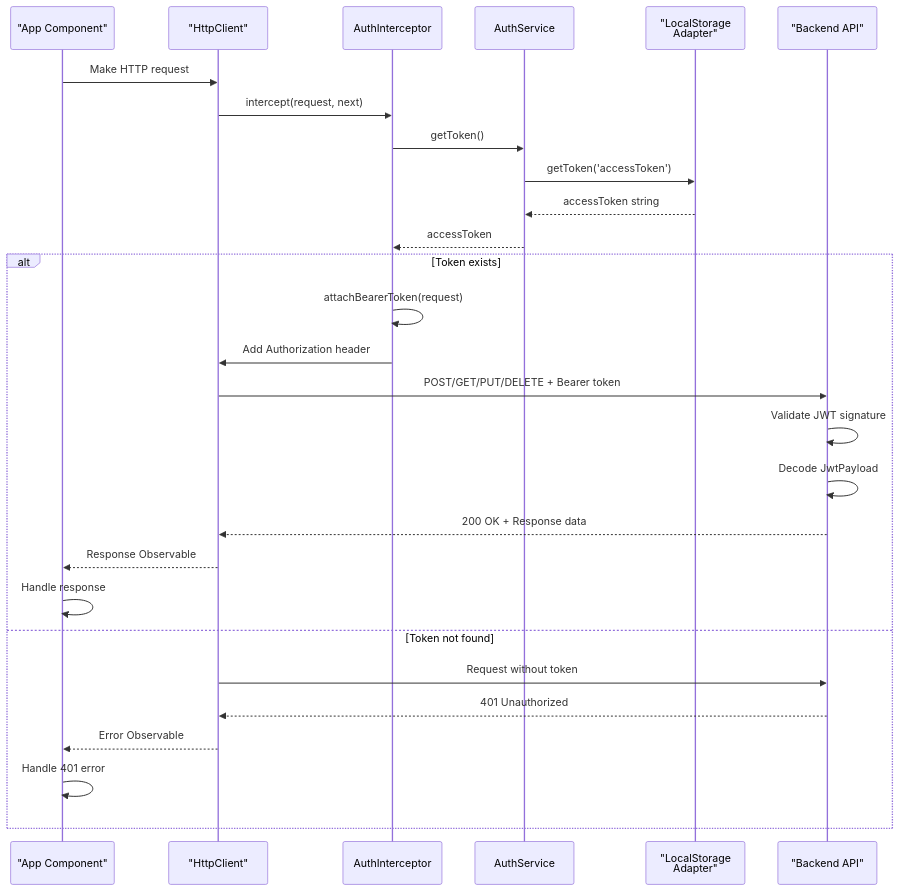
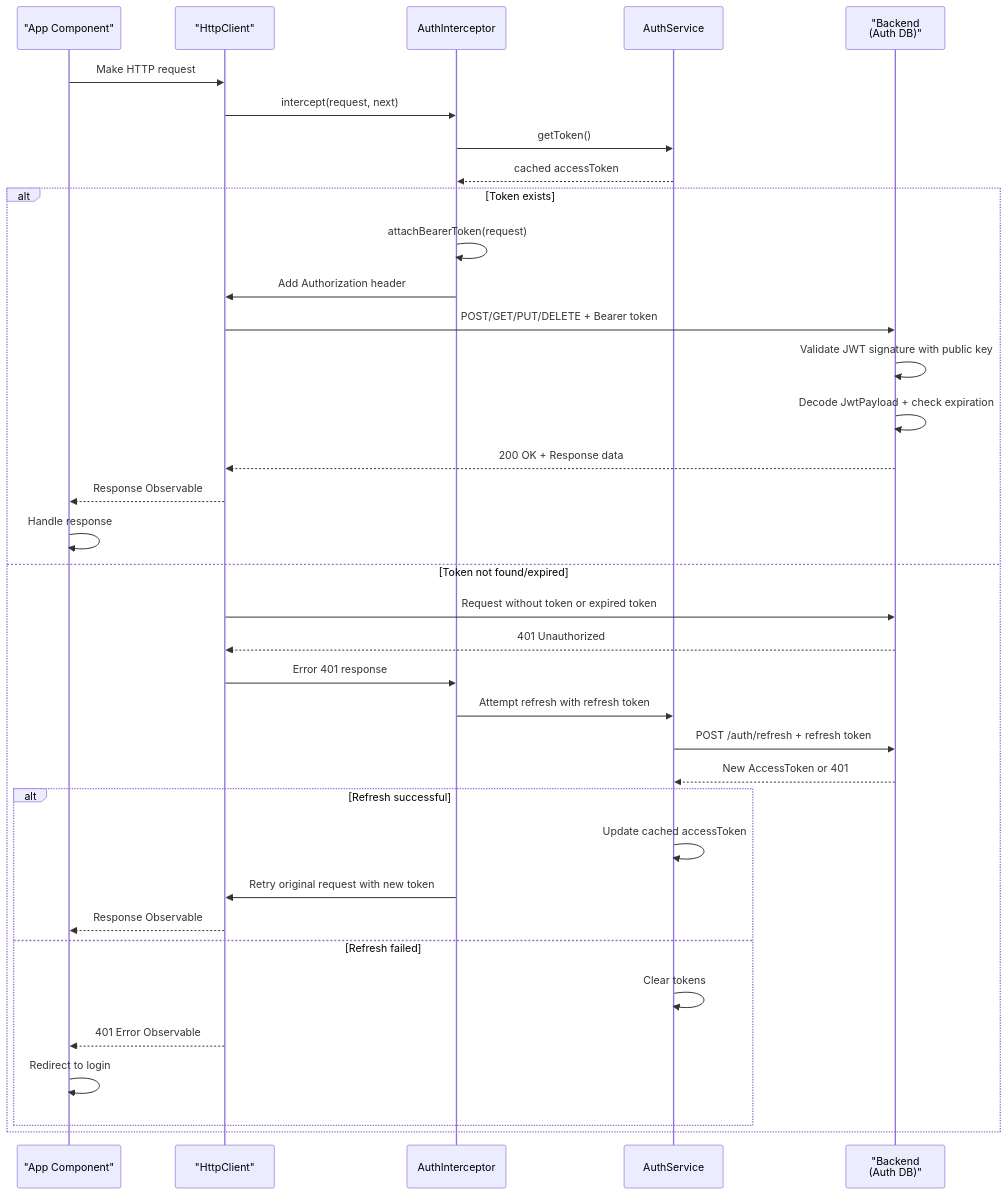
The third of 5 diagrams in apps/business-logic-ui/Sequence-Diagram.md (seankcheema/trading-season), drawn with Mermaid before and after one commit. The commit also changed other lines of this file and 1 other file, not shown here.

Commit message:
feat: KAN-47/KAN-127/Create Visual Representation of Architecture

````diff
--- a/apps/business-logic-ui/Sequence-Diagram.md
+++ b/apps/business-logic-ui/Sequence-Diagram.md
@@ -96,33 +88,41 @@
 ```mermaid
 sequenceDiagram
     participant Component as "App Component"
     participant HttpClient as "HttpClient"
     participant AuthInterceptor
     participant AuthService
-    participant LocalStorage as "LocalStorage<br/>Adapter"
-    participant Backend as "Backend API"
+    participant Backend as "Backend<br/>(Auth DB)"
 
     Component->>HttpClient: Make HTTP request
     HttpClient->>AuthInterceptor: intercept(request, next)
     
     AuthInterceptor->>AuthService: getToken()
-    AuthService->>LocalStorage: getToken('accessToken')
-    LocalStorage-->>AuthService: accessToken string
-    AuthService-->>AuthInterceptor: accessToken
+    AuthService-->>AuthInterceptor: cached accessToken
     
     alt Token exists
         AuthInterceptor->>AuthInterceptor: attachBearerToken(request)
         AuthInterceptor->>HttpClient: Add Authorization header
         HttpClient->>Backend: POST/GET/PUT/DELETE + Bearer token
-        Backend->>Backend: Validate JWT signature
-        Backend->>Backend: Decode JwtPayload
+        Backend->>Backend: Validate JWT signature with public key
+        Backend->>Backend: Decode JwtPayload + check expiration
         Backend-->>HttpClient: 200 OK + Response data
         HttpClient-->>Component: Response Observable
         Component->>Component: Handle response
-    else Token not found
-        HttpClient->>Backend: Request without token
+    else Token not found/expired
+        HttpClient->>Backend: Request without token or expired token
         Backend-->>HttpClient: 401 Unauthorized
-        HttpClient-->>Component: Error Observable
-        Component->>Component: Handle 401 error
+        HttpClient->>AuthInterceptor: Error 401 response
+        AuthInterceptor->>AuthService: Attempt refresh with refresh token
+        AuthService->>Backend: POST /auth/refresh + refresh token
+        Backend-->>AuthService: New AccessToken or 401
+        alt Refresh successful
+            AuthService->>AuthService: Update cached accessToken
+            AuthInterceptor->>HttpClient: Retry original request with new token
+            HttpClient-->>Component: Response Observable
+        else Refresh failed
+            AuthService->>AuthService: Clear tokens
+            HttpClient-->>Component: 401 Error Observable
+            Component->>Component: Redirect to login
+        end
     end
 ```
````
